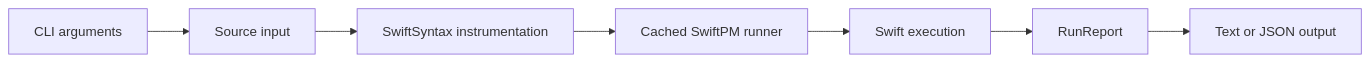
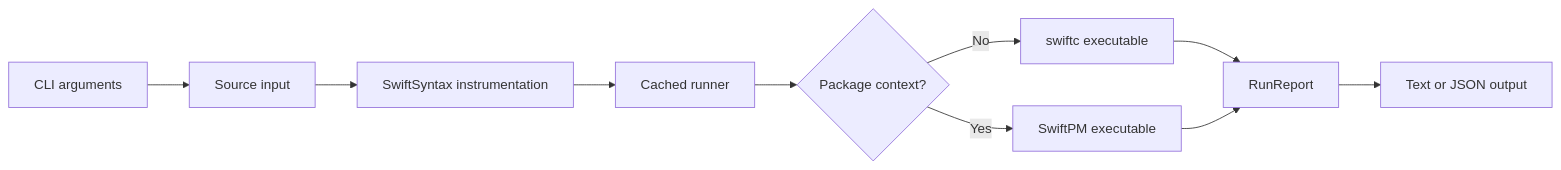
Before and after one commit to 1amageek/swift-note: the diagram in SPEC.md, drawn with Mermaid. The commit also changed other lines of this file and 10 other files, not shown here.

````diff
--- a/SPEC.md
+++ b/SPEC.md
@@ -19,9 +20,12 @@
 ```mermaid
 flowchart LR
   A["CLI arguments"] --> B["Source input"]
   B --> C["SwiftSyntax instrumentation"]
-  C --> D["Cached SwiftPM runner"]
-  D --> E["Swift execution"]
-  E --> F["RunReport"]
-  F --> G["Text or JSON output"]
+  C --> D["Cached runner"]
+  D --> E{"Package context?"}
+  E -->|"No"| F["swiftc executable"]
+  E -->|"Yes"| G["SwiftPM executable"]
+  F --> H["RunReport"]
+  G --> H
+  H --> I["Text or JSON output"]
 ```
````
